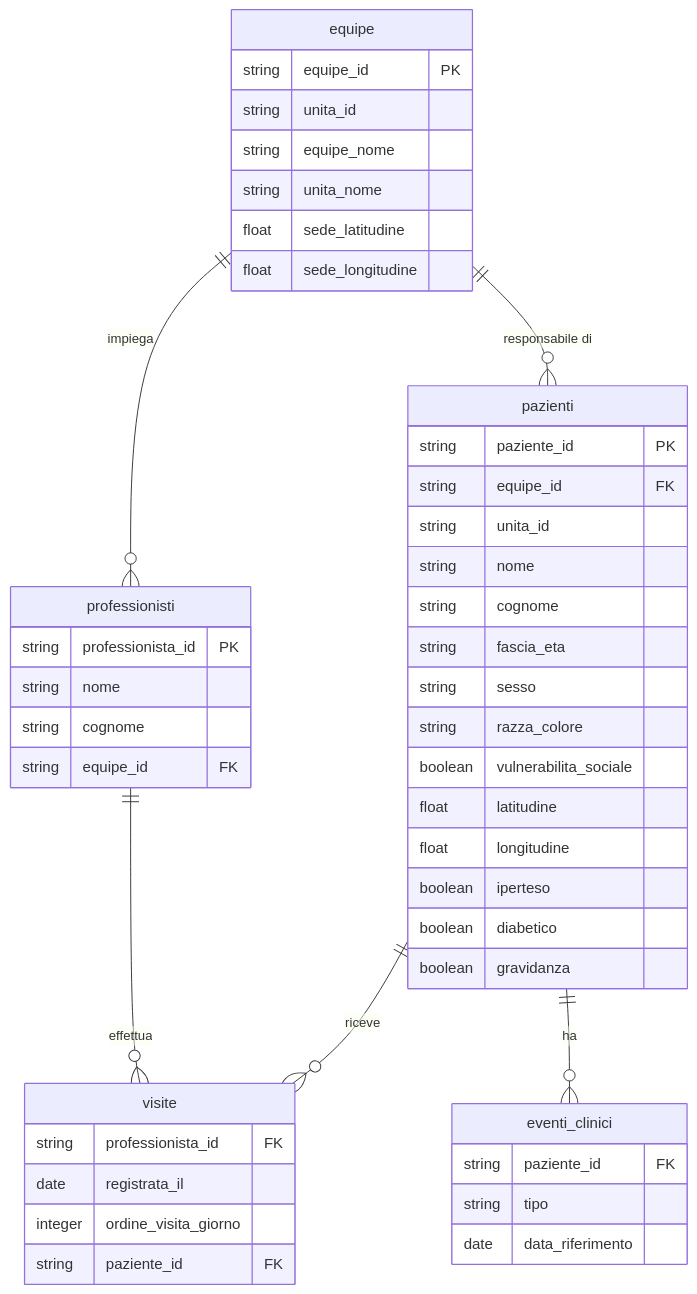
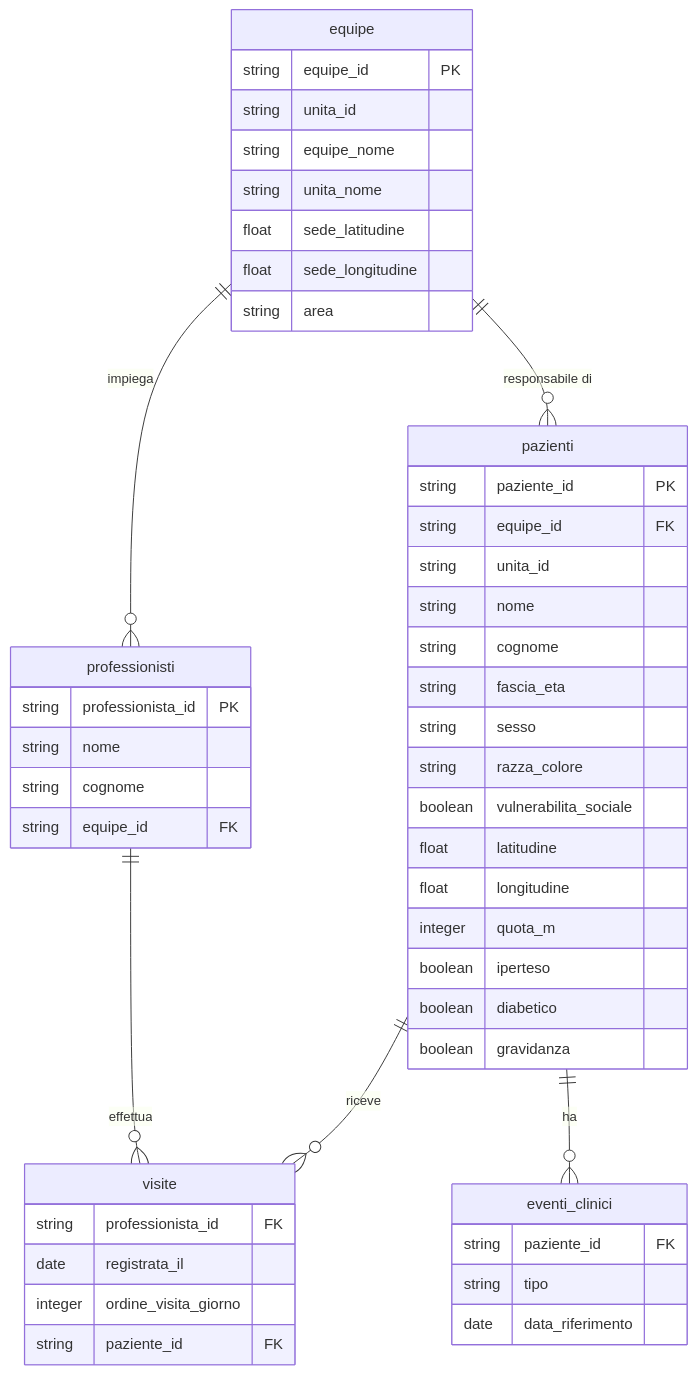
Before and after one commit to vinicius-saraiva/visitare-case-it: the diagram in README.md, drawn with Mermaid. The commit also changed other lines of this file and 4 other files, not shown here.

````diff
--- a/README.md
+++ b/README.md
@@ -82,54 +82,56 @@
 ```mermaid
 erDiagram
     equipe ||--o{ pazienti : "responsabile di"
     equipe ||--o{ professionisti : "impiega"
     professionisti ||--o{ visite : "effettua"
     pazienti ||--o{ visite : "riceve"
     pazienti ||--o{ eventi_clinici : "ha"
 
     equipe {
         string equipe_id PK
         string unita_id
         string equipe_nome
         string unita_nome
         float sede_latitudine
         float sede_longitudine
+        string area
     }
 
     professionisti {
         string professionista_id PK
         string nome
         string cognome
         string equipe_id FK
     }
 
     pazienti {
         string paziente_id PK
         string equipe_id FK
         string unita_id
         string nome
         string cognome
         string fascia_eta
         string sesso
         string razza_colore
         boolean vulnerabilita_sociale
         float latitudine
         float longitudine
+        integer quota_m
         boolean iperteso
         boolean diabetico
         boolean gravidanza
     }
 
     visite {
         string professionista_id FK
         date registrata_il
         integer ordine_visita_giorno
         string paziente_id FK
     }
 
     eventi_clinici {
         string paziente_id FK
         string tipo
         date data_riferimento
     }
 ```
````
